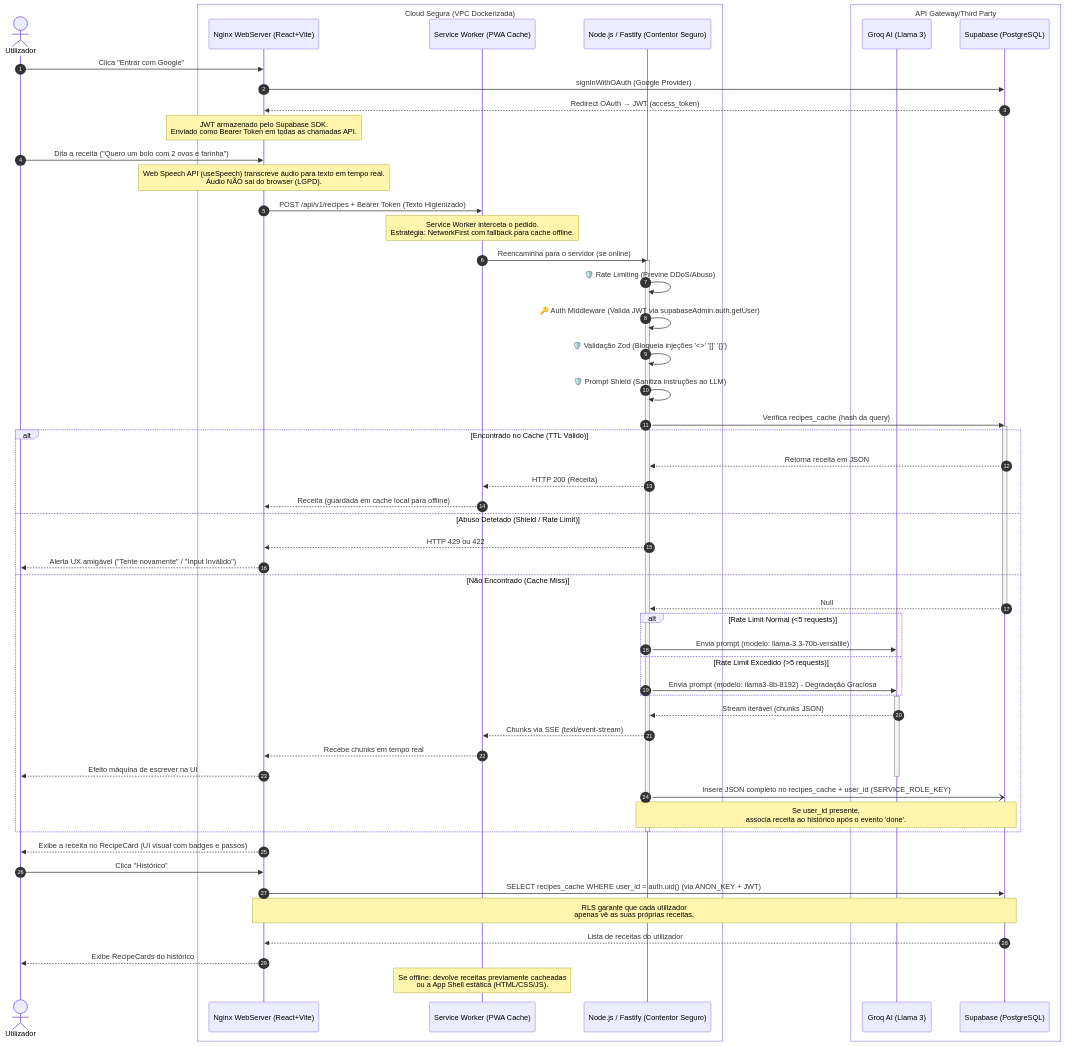
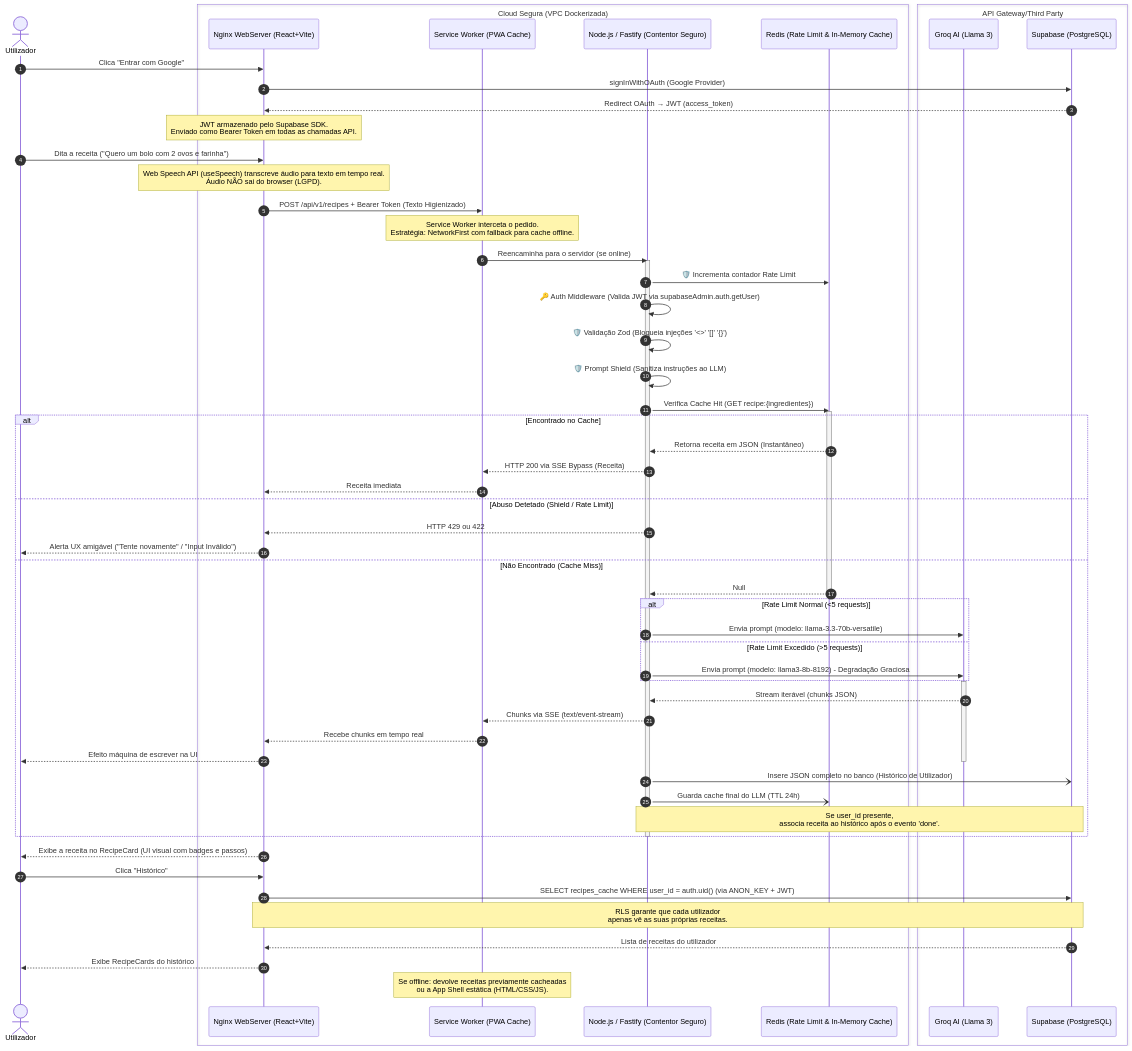
One commit to davydsonmr1/fastcook changed the diagram in docs/arquitetura.md. Above: the diagram before and after it, drawn with Mermaid. The commit also changed 9 other files, not shown here.

Commit message:
chore: integração final do redis para cache, auditoria de código e documentação de entrega

```diff
--- a/docs/arquitetura.md
+++ b/docs/arquitetura.md
@@ -11,10 +11,12 @@
     autonumber
     
     actor Utilizador as Utilizador
+    actor Utilizador as Utilizador
     box Cloud Segura (VPC Dockerizada)
         participant Frontend as Nginx WebServer (React+Vite)
         participant SW as Service Worker (PWA Cache)
         participant Backend as Node.js / Fastify (Contentor Seguro)
+        participant Redis as Redis (Rate Limit & In-Memory Cache)
     end
     box API Gateway/Third Party
         participant Groq as Groq AI (Llama 3)
@@ -38,25 +40,25 @@
     
     %% Passo 3: Segurança no Backend
     activate Backend
-    Backend->>Backend: 🛡️ Rate Limiting (Previne DDoS/Abuso)
+    Backend->>Redis: 🛡️ Incrementa contador Rate Limit
     Backend->>Backend: 🔑 Auth Middleware (Valida JWT via supabaseAdmin.auth.getUser)
     Backend->>Backend: 🛡️ Validação Zod (Bloqueia injeções '<>' '[]' '{}')
     Backend->>Backend: 🛡️ Prompt Shield (Sanitiza instruções ao LLM)
     
-    %% Passo 4: Verificação de Cache
-    Backend->>Supabase: Verifica recipes_cache (hash da query)
-    activate Supabase
+    %% Passo 4: Verificação de Cache Distribuído
+    Backend->>Redis: Verifica Cache Hit (GET recipe:{ingredientes})
+    activate Redis
     
-    alt Encontrado no Cache (TTL Válido)
-        Supabase-->>Backend: Retorna receita em JSON
-        Backend-->>SW: HTTP 200 (Receita)
-        SW-->>Frontend: Receita (guardada em cache local para offline)
+    alt Encontrado no Cache
+        Redis-->>Backend: Retorna receita em JSON (Instantâneo)
+        Backend-->>SW: HTTP 200 via SSE Bypass (Receita)
+        SW-->>Frontend: Receita imediata
     else Abuso Detetado (Shield / Rate Limit)
         Backend-->>Frontend: HTTP 429 ou 422
         Frontend-->>Utilizador: Alerta UX amigável ("Tente novamente" / "Input Inválido")
     else Não Encontrado (Cache Miss)
-        Supabase-->>Backend: Null
-        deactivate Supabase
+        Redis-->>Backend: Null
+        deactivate Redis
         
         %% Passo 5: LLM Stream & Degradação Graciosa
         alt Rate Limit Normal (<5 requests)
@@ -74,7 +76,8 @@
         deactivate Groq
         
         %% Passo 7: Guardar no Histórico (No final do Stream)
-        Backend-)Supabase: Insere JSON completo no recipes_cache + user_id (SERVICE_ROLE_KEY)
+        Backend-)Supabase: Insere JSON completo no banco (Histórico de Utilizador)
+        Backend-)Redis: Guarda cache final do LLM (TTL 24h)
         note over Backend,Supabase: Se user_id presente,<br/>associa receita ao histórico após o evento 'done'.
     end
     deactivate Backend
```
